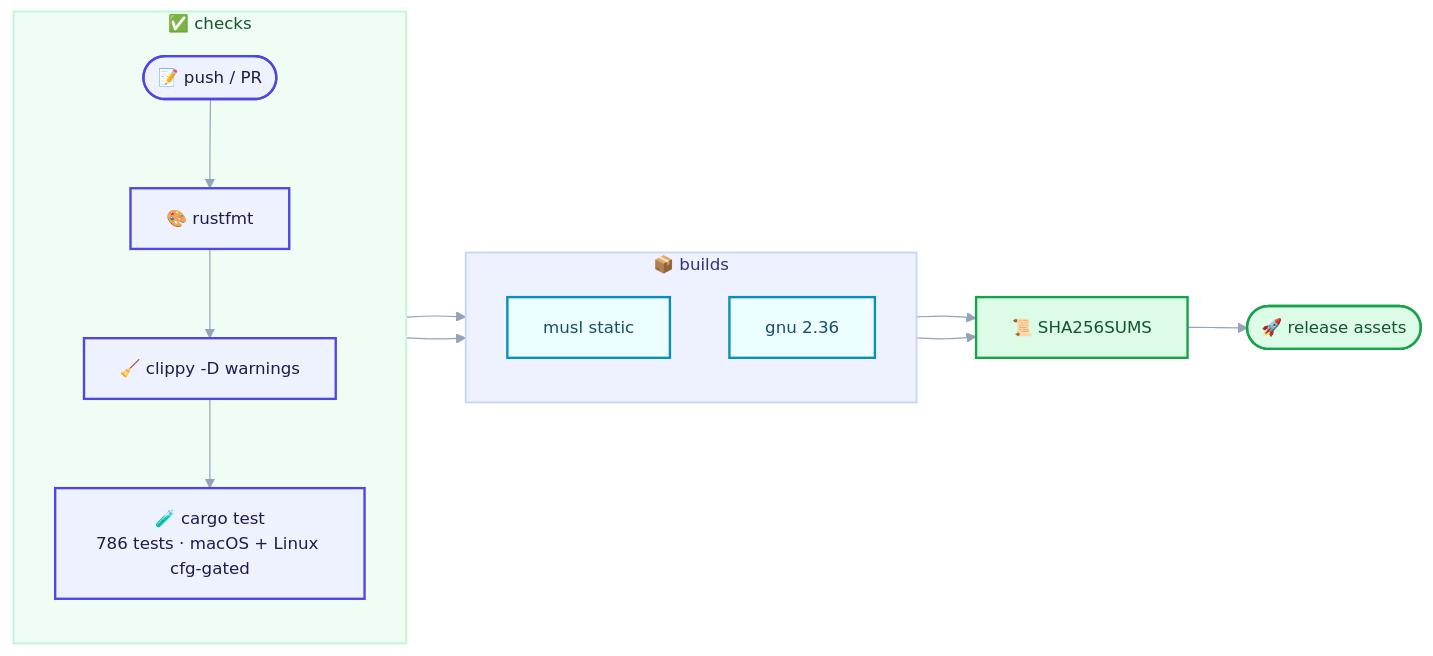
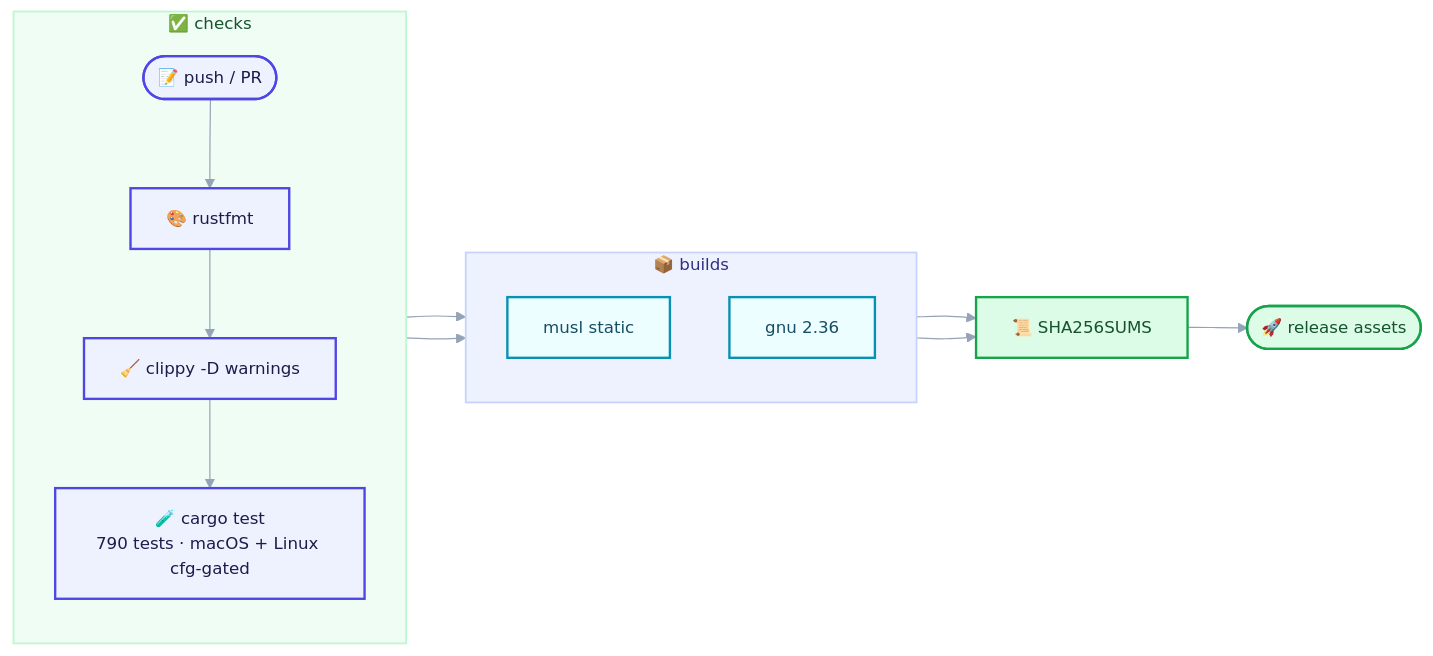
One commit to Terutoki/MyQUIC2 changed diagram 31 of 31 in README.md. Above: the diagram before and after it, drawn with Mermaid. The commit also changed other lines of this file and 2 other files, not shown here.

````diff
--- a/README.md
+++ b/README.md
@@ -2213,30 +2213,30 @@
 ```mermaid
 %%{init: {"theme":"base","themeVariables":{"fontSize":"14px","lineColor":"#94a3b8","textColor":"#0f172a","edgeLabelBackground":"#f8fafc"}}}%%
 flowchart LR
     accTitle: Continuous integration and release pipeline
     accDescr: Formatting, Clippy, and the full test suite gate two static builds, whose artifacts are hashed and published as release assets.
     subgraph CHECK["✅ checks"]
         direction TB
         C(["📝 push / PR"]) --> F["🎨 rustfmt"]
         F --> L["🧹 clippy -D warnings"]
-        L --> T["🧪 cargo test<br/>786 tests · macOS + Linux cfg-gated"]
+        L --> T["🧪 cargo test<br/>790 tests · macOS + Linux cfg-gated"]
     end
     subgraph BUILD["📦 builds"]
         direction TB
         M["musl static"]
         G["gnu 2.36"]
     end
     T --> M
     T --> G
     M --> A["📜 SHA256SUMS"]
     G --> A
     A --> R(["🚀 release assets"])
     classDef tunnel fill:#eef2ff,stroke:#4f46e5,stroke-width:2px,color:#1e1b4b
     classDef wire fill:#ecfeff,stroke:#0891b2,stroke-width:2px,color:#164e63
     classDef edge fill:#dcfce7,stroke:#16a34a,stroke-width:2px,color:#14532d
     class C,F,L,T tunnel
     class M,G wire
     class A,R edge
     style CHECK fill:#f0fdf4,stroke:#bbf7d0,stroke-width:1.5px,color:#14532d
     style BUILD fill:#eef2ff,stroke:#c7d2fe,stroke-width:1.5px,color:#312e81
 ```
````
